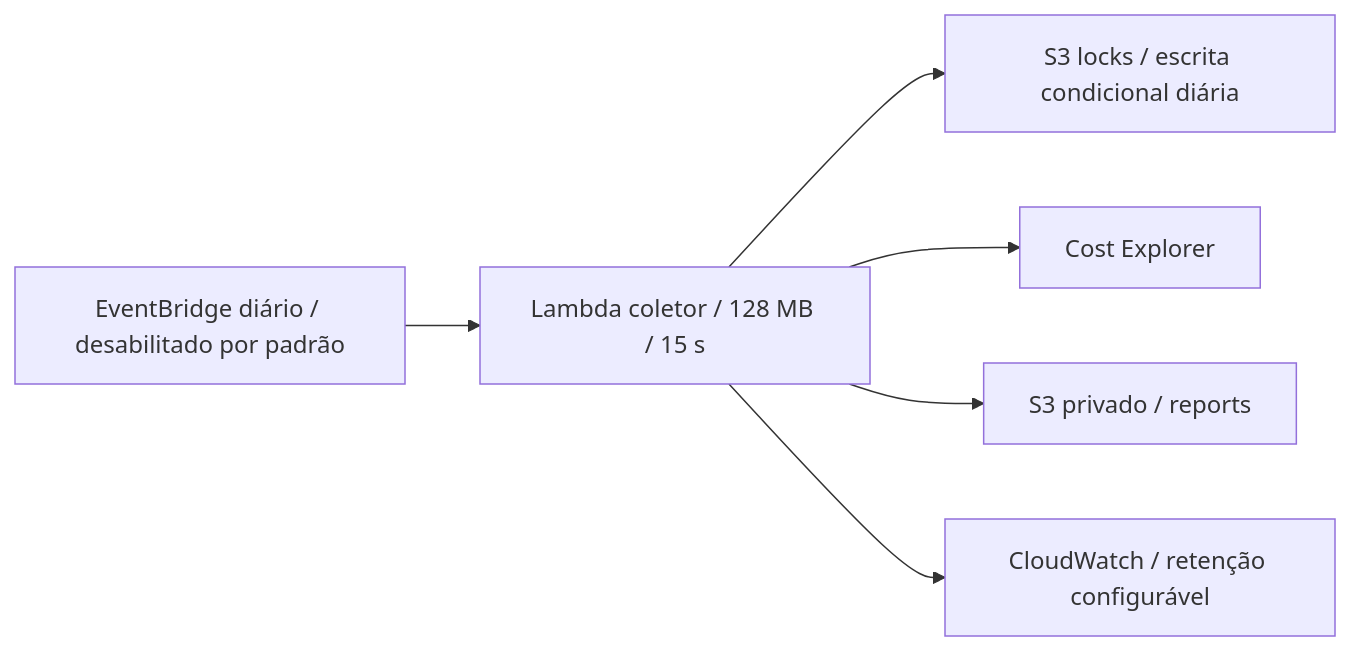
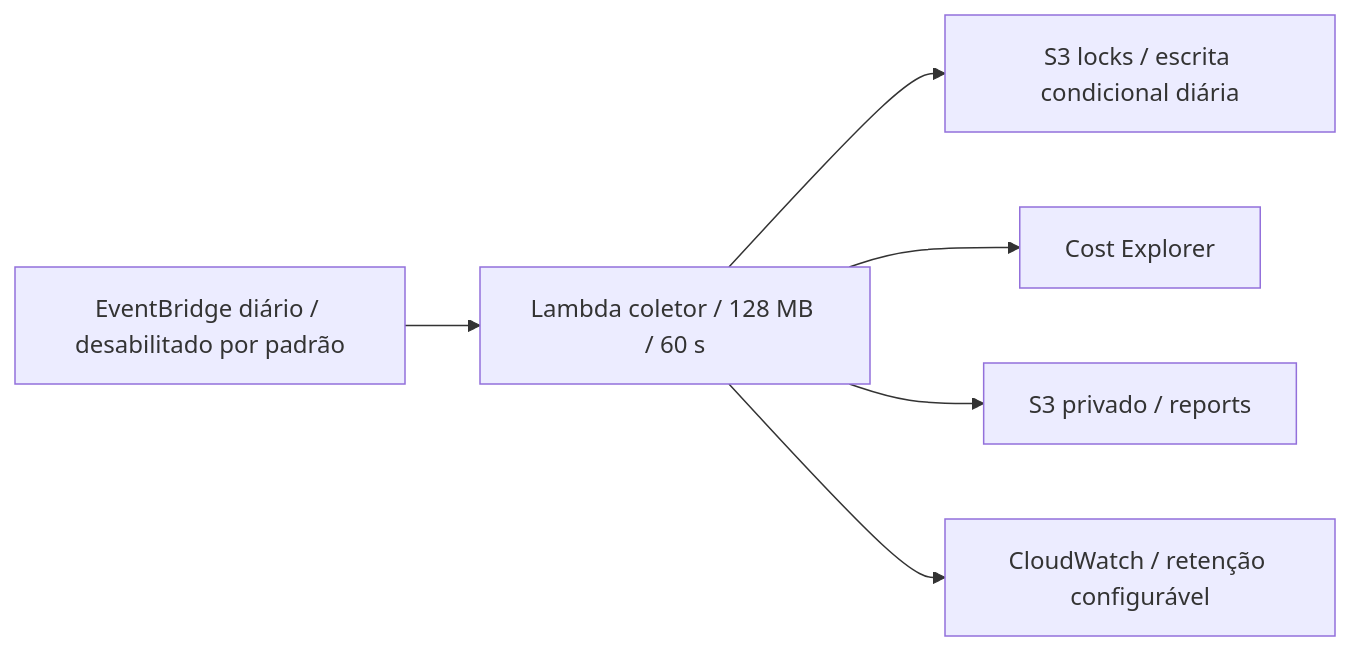
One commit to AirtonNettu/aws-cost-monitor changed the second of 2 diagrams in docs/architecture-v02.md. Above: the diagram before and after it, drawn with Mermaid. The commit also changed other lines of this file and 9 other files, not shown here.

````diff
--- a/docs/architecture-v02.md
+++ b/docs/architecture-v02.md
@@ -54,8 +54,8 @@
 ```mermaid
 flowchart LR
-  Schedule[EventBridge diário / desabilitado por padrão] --> Lambda[Lambda coletor / 128 MB / 15 s]
+  Schedule[EventBridge diário / desabilitado por padrão] --> Lambda[Lambda coletor / 128 MB / 60 s]
   Lambda --> Guard[S3 locks / escrita condicional diária]
   Lambda --> CE[Cost Explorer]
   Lambda --> Private[S3 privado / reports]
   Lambda --> Logs[CloudWatch / retenção configurável]
 ```
````
